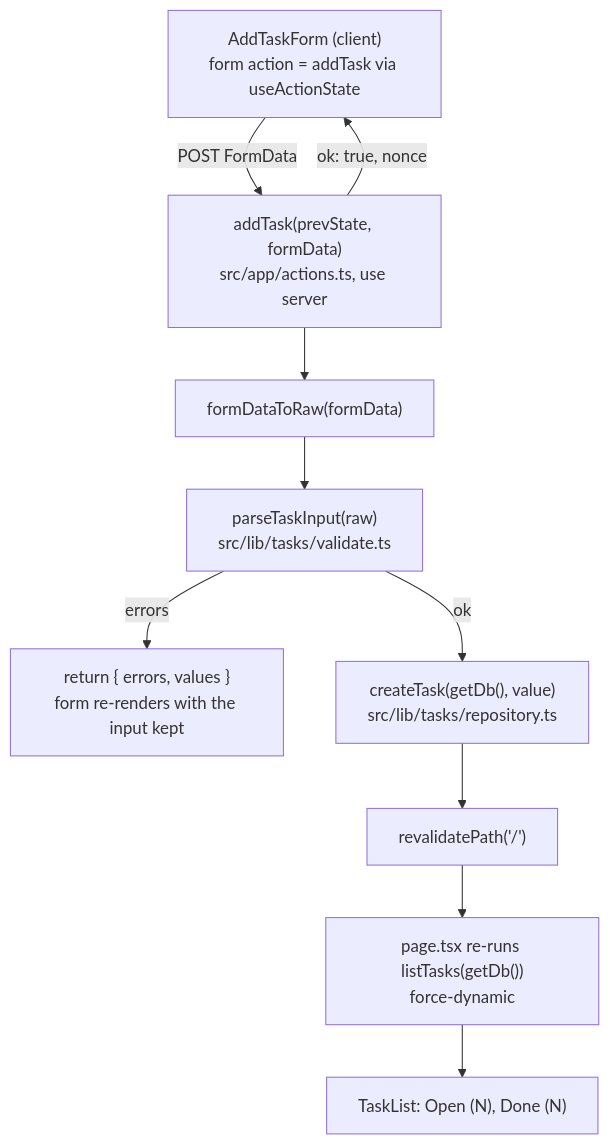
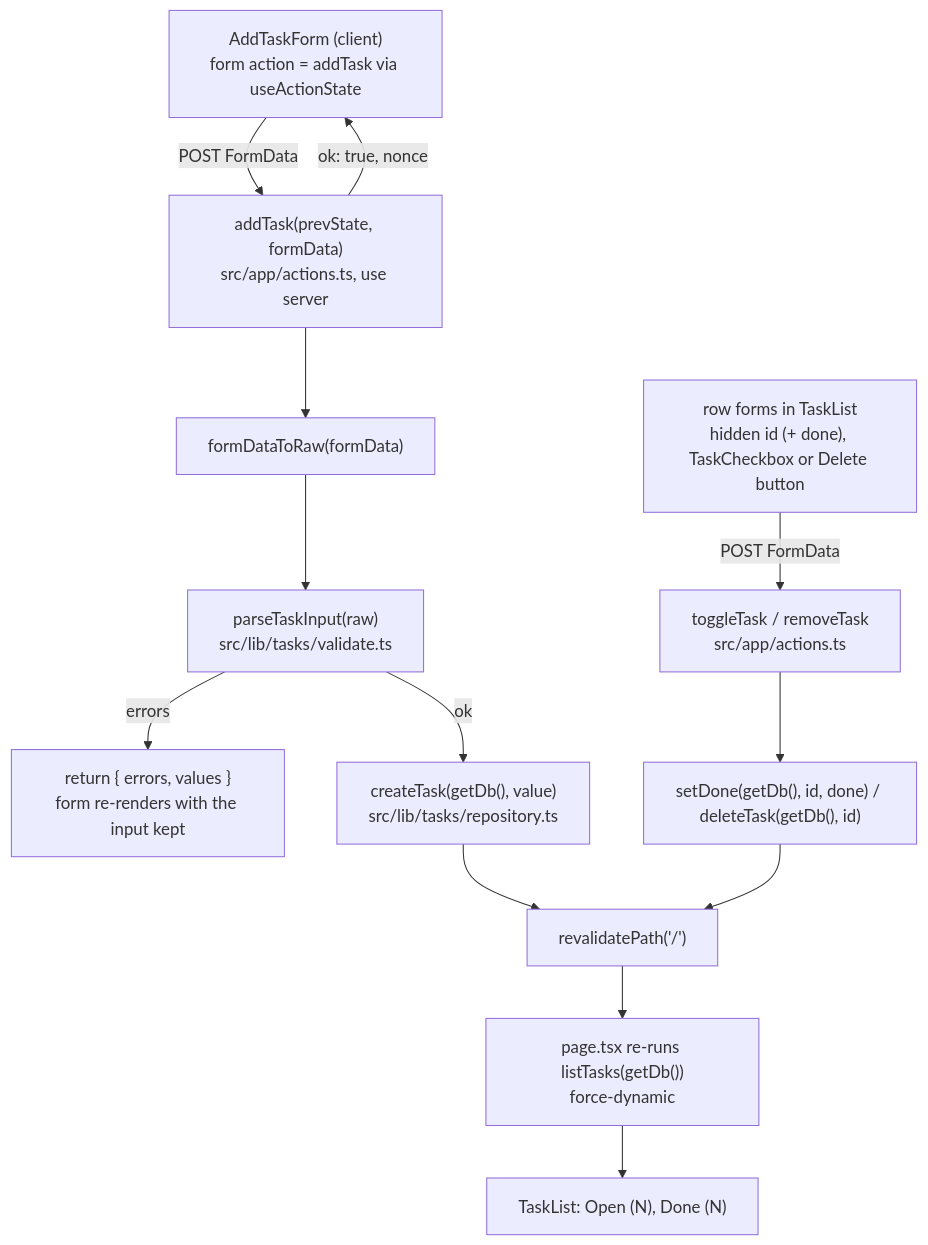
Before and after one commit to mkelk/harness-demo: the diagram in docs/current/how/tasks.md, drawn with Mermaid. The commit also changed other lines of this file and 6 other files, not shown here.

First line of the commit message:
tick 76z: complete, reopen and delete tasks from the list

````diff
--- a/docs/current/how/tasks.md
+++ b/docs/current/how/tasks.md
@@ -12,12 +12,15 @@
 ```mermaid
 flowchart TD
     Form["AddTaskForm (client)<br/>form action = addTask via useActionState"] -->|"POST FormData"| Action["addTask(prevState, formData)<br/>src/app/actions.ts, use server"]
     Action --> Raw["formDataToRaw(formData)"]
     Raw --> Parse["parseTaskInput(raw)<br/>src/lib/tasks/validate.ts"]
     Parse -->|"errors"| Errors["return { errors, values }<br/>form re-renders with the input kept"]
     Parse -->|"ok"| Repo["createTask(getDb(), value)<br/>src/lib/tasks/repository.ts"]
     Repo --> Reval["revalidatePath('/')"]
     Reval --> Page["page.tsx re-runs listTasks(getDb())<br/>force-dynamic"]
     Page --> List["TaskList: Open (N), Done (N)"]
     Action -->|"ok: true, nonce"| Form
+    Row["row forms in TaskList<br/>hidden id (+ done), TaskCheckbox or Delete button"] -->|"POST FormData"| Toggle["toggleTask / removeTask<br/>src/app/actions.ts"]
+    Toggle --> Write["setDone(getDb(), id, done) / deleteTask(getDb(), id)"]
+    Write --> Reval
 ```
````
